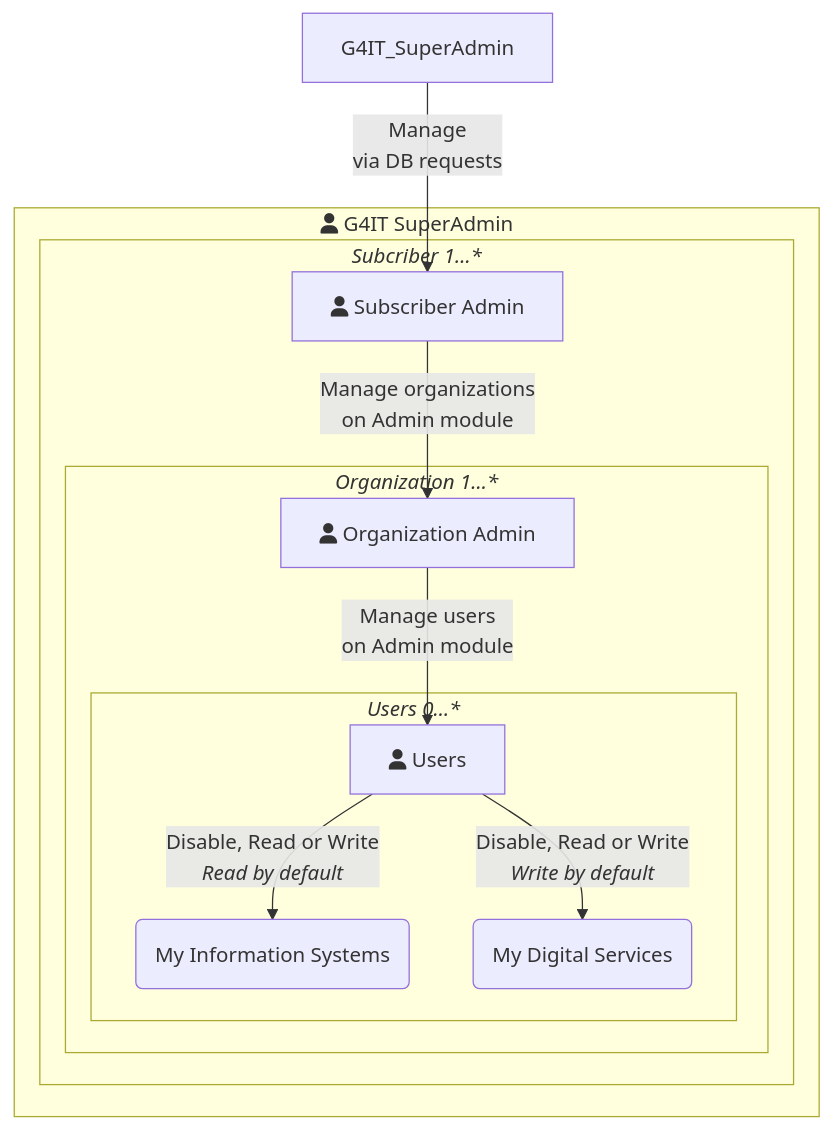
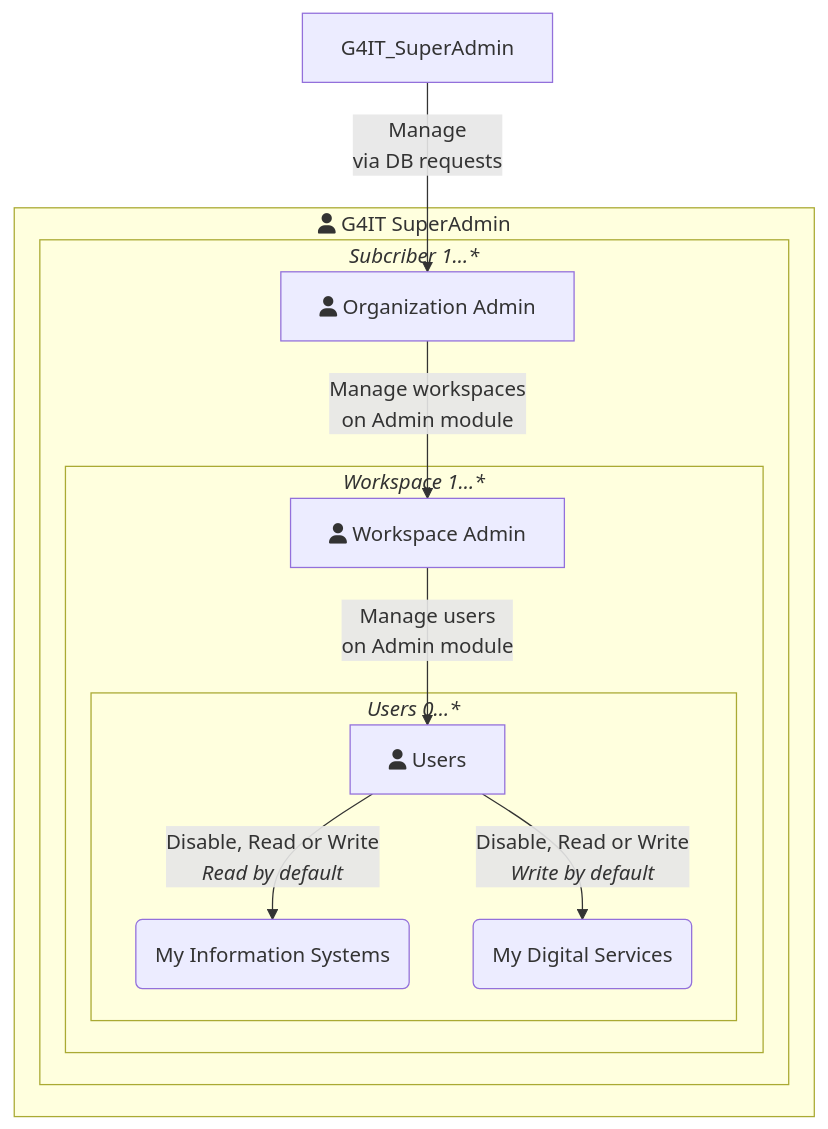
One commit to teamg4it/g4it changed the diagram in services/documentation/content/2-functional-documentation/use_cases/uc_administration/_index.md. Above: the diagram before and after it, drawn with Mermaid. The commit also changed other lines of this file and 92 other files, not shown here.

```diff
--- a/services/documentation/content/2-functional-documentation/use_cases/uc_administration/_index.md
+++ b/services/documentation/content/2-functional-documentation/use_cases/uc_administration/_index.md
@@ -22,21 +22,21 @@
 {{< mermaid >}}
 flowchart TD;
 subgraph G4IT    _SuperAdmin[fa:fa-user G4IT SuperAdmin]
-    subgraph Subscriber#1[<i> Subcriber 1...*]
-        Subscriber#1_Admin[fa:fa-user Subscriber Admin]
-        subgraph Organization#1[<i> Organization 1...*]
-            Organization#1_Admin[fa:fa-user  Organization Admin]
+    subgraph Organization#1[<i> Subcriber 1...*]
+        Organization#1_Admin[fa:fa-user Organization Admin]
+        subgraph Workspace#1[<i> Workspace 1...*]
+            Workspace#1_Admin[fa:fa-user  Workspace Admin]
             subgraph IS1DS1[<i> Users 0...*]
                 IS1("My Information Systems") 
                 DS1("My Digital Services")
                 Users[fa:fa-user  Users]
             end
         end
     end
 end
-G4IT_SuperAdmin --> |Manage <br>via DB requests|Subscriber#1_Admin
-Subscriber#1_Admin --> |Manage organizations <br>on Admin module|Organization#1_Admin
-Organization#1_Admin --> |Manage users <br>on Admin module|Users  --> |Disable, Read or Write <br><i> Read by default|IS1
+G4IT_SuperAdmin --> |Manage <br>via DB requests|Organization#1_Admin
+Organization#1_Admin --> |Manage workspaces <br>on Admin module|Workspace#1_Admin
+Workspace#1_Admin --> |Manage users <br>on Admin module|Users  --> |Disable, Read or Write <br><i> Read by default|IS1
 Users --> |Disable, Read or Write <br><i> Write by default|DS1
 
 {{< /mermaid >}}
```
